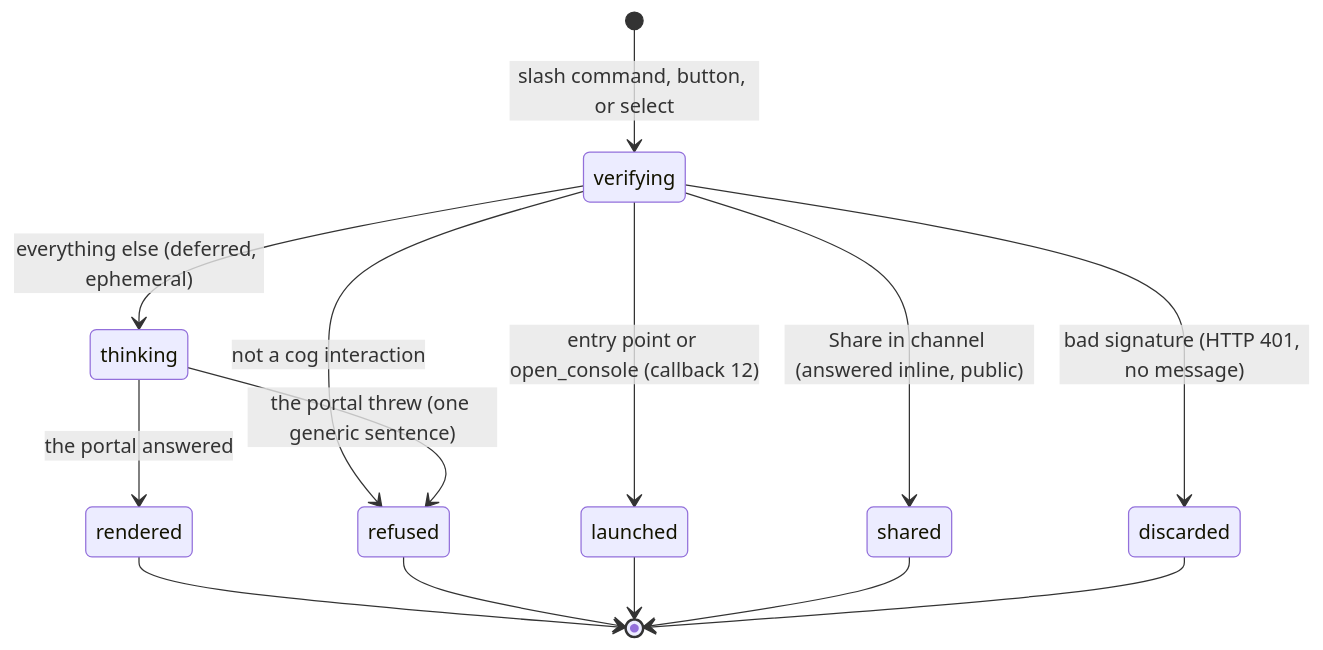
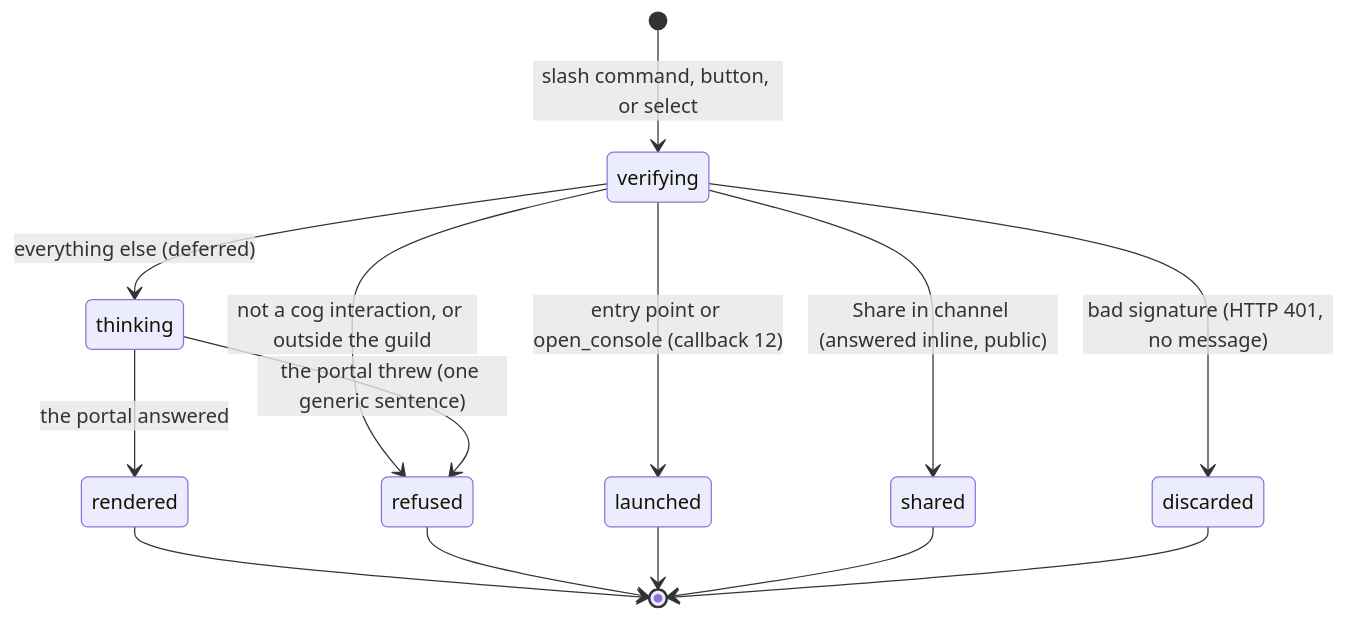
The diagram in docs/product-description/discord/commands.md (SamGu-NRX/CogPortal), drawn with Mermaid before and after one commit. The commit also changed other lines of this file and 41 other files, not shown here.

````diff
--- a/docs/product-description/discord/commands.md
+++ b/docs/product-description/discord/commands.md
@@ -37,16 +37,16 @@
 ```mermaid
 stateDiagram-v2
     [*] --> verifying : slash command, button, or select
     verifying --> discarded : bad signature (HTTP 401, no message)
-    verifying --> refused : not a cog interaction
+    verifying --> refused : not a cog interaction, or outside the guild
     verifying --> launched : entry point or open_console (callback 12)
     verifying --> shared : Share in channel (answered inline, public)
-    verifying --> thinking : everything else (deferred, ephemeral)
+    verifying --> thinking : everything else (deferred)
     thinking --> rendered : the portal answered
     thinking --> refused : the portal threw (one generic sentence)
     rendered --> [*]
     refused --> [*]
     launched --> [*]
     shared --> [*]
     discarded --> [*]
 ```
````
